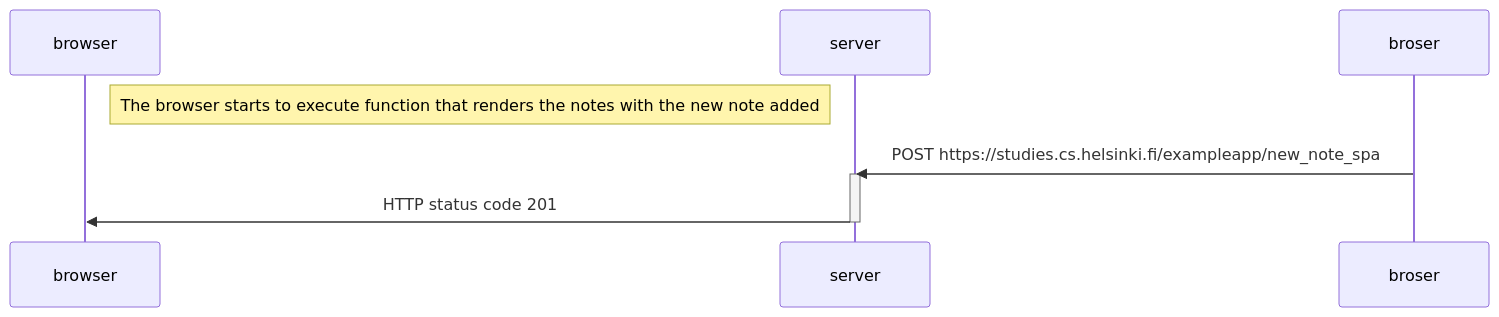
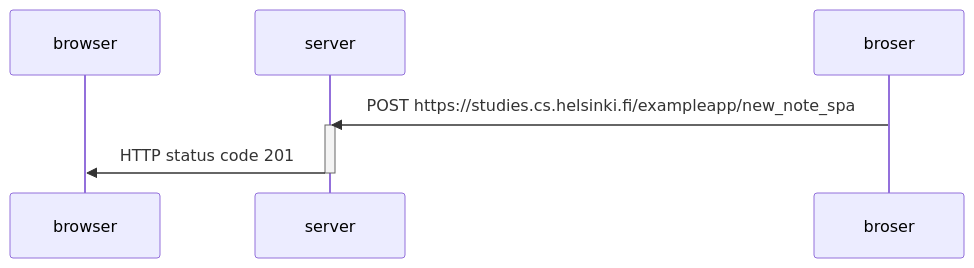
The diagram in part0/0.6-Nueva-nota-en-diagrama-de-aplicacion-de-una-sola-pagina.md (anceldev/fullStackOpen), drawn with Mermaid before and after one commit.

Commit message:
part0-0.6-fixed2

````diff
--- a/part0/0.6-Nueva-nota-en-diagrama-de-aplicacion-de-una-sola-pagina.md
+++ b/part0/0.6-Nueva-nota-en-diagrama-de-aplicacion-de-una-sola-pagina.md
@@ -1,13 +1,11 @@
 ```mermaid
 sequenceDiagram
   participant browser
   participant server
 
-  Note right of browser: The browser starts to execute function that renders the notes with the new note added
-
   broser->>server: POST https://studies.cs.helsinki.fi/exampleapp/new_note_spa
   activate server
   server->>browser: HTTP status code 201
   deactivate server
-
+  
 ```
````
